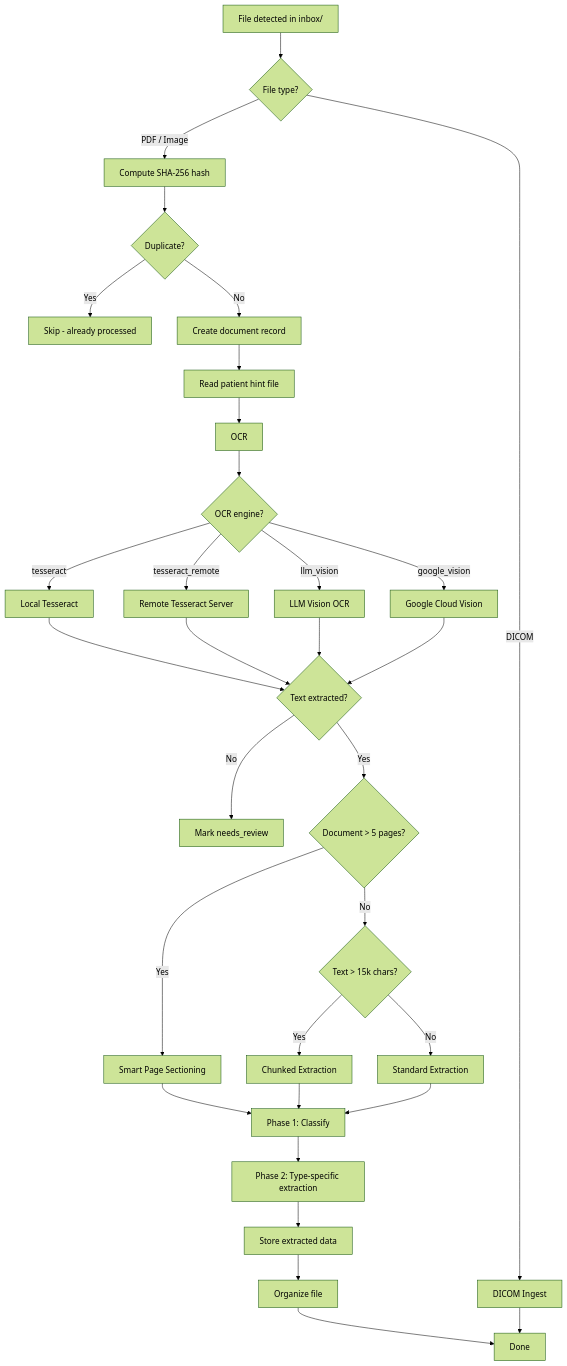
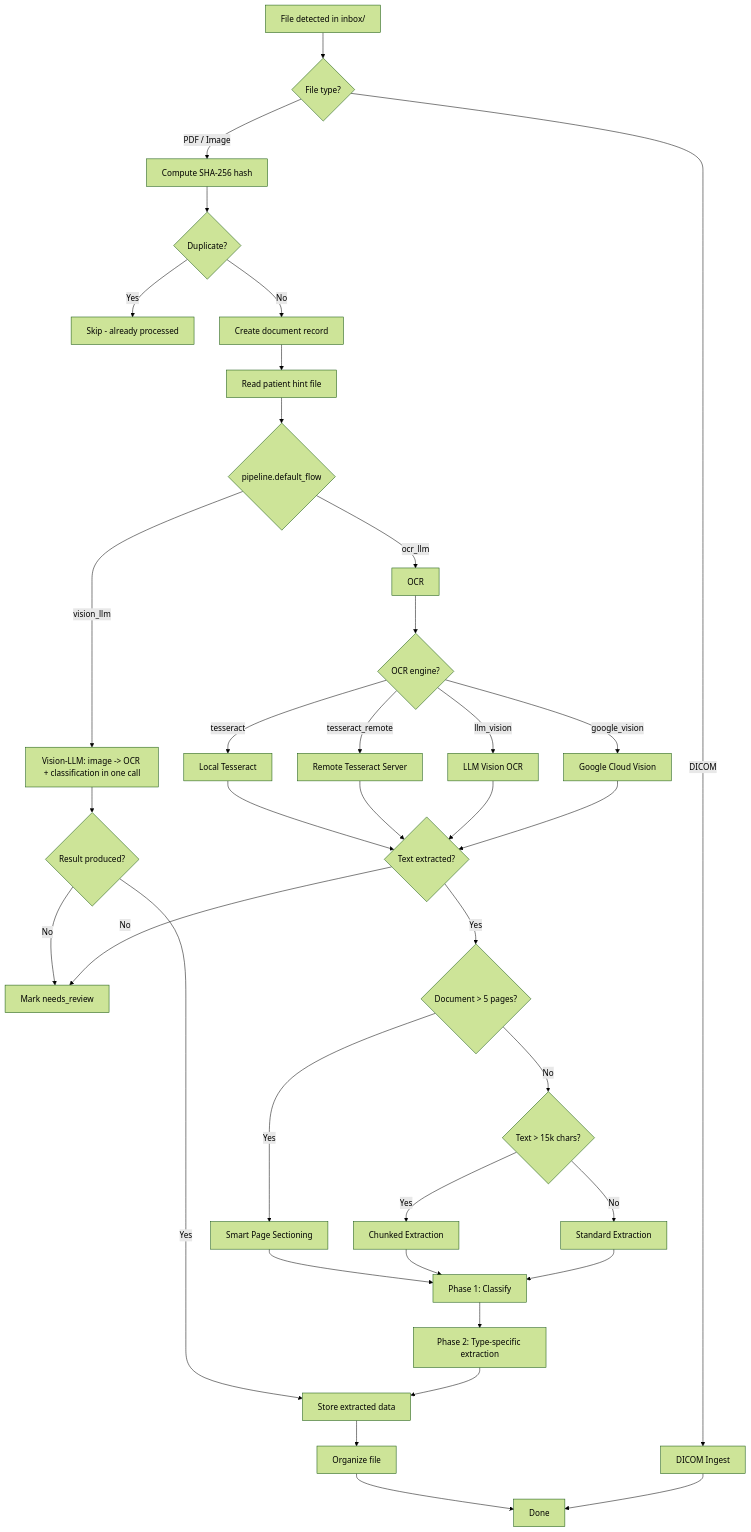
The first of 2 diagrams in docs/docs/architecture/pipeline.md (giovi321/asclepius), drawn with Mermaid (forest theme) before and after one commit. The commit also changed other lines of this file and 14 other files, not shown here.

````diff
--- a/docs/docs/architecture/pipeline.md
+++ b/docs/docs/architecture/pipeline.md
@@ -7,38 +7,44 @@
 ```mermaid
 flowchart TD
     A[File detected in inbox/] --> B{File type?}
     B -->|DICOM| C[DICOM Ingest]
     B -->|PDF / Image| D[Compute SHA-256 hash]
     D --> E{Duplicate?}
     E -->|Yes| F[Skip - already processed]
     E -->|No| G[Create document record]
     G --> H[Read patient hint file]
-    H --> I[OCR]
+    H --> FLOW{pipeline.default_flow}
 
+    FLOW -->|vision_llm| VX[Vision-LLM: image -> OCR + classification in one call]
+    VX --> V2{Result produced?}
+    V2 -->|No| P[Mark needs_review]
+    V2 -->|Yes| X[Store extracted data]
+
+    FLOW -->|ocr_llm| I[OCR]
     I --> J{OCR engine?}
     J -->|tesseract| K[Local Tesseract]
     J -->|tesseract_remote| L[Remote Tesseract Server]
     J -->|llm_vision| M[LLM Vision OCR]
     J -->|google_vision| N[Google Cloud Vision]
 
     K & L & M & N --> O{Text extracted?}
-    O -->|No| P[Mark needs_review]
+    O -->|No| P
     O -->|Yes| Q{Document > 5 pages?}
 
     Q -->|Yes| R[Smart Page Sectioning]
     Q -->|No| S{Text > 15k chars?}
 
     S -->|Yes| T[Chunked Extraction]
     S -->|No| U[Standard Extraction]
 
     R --> V[Phase 1: Classify]
     T --> V
     U --> V
 
     V --> W[Phase 2: Type-specific extraction]
-    W --> X[Store extracted data]
+    W --> X
     X --> Y[Organize file]
     Y --> Z[Done]
 
     C --> Z
 ```
````
